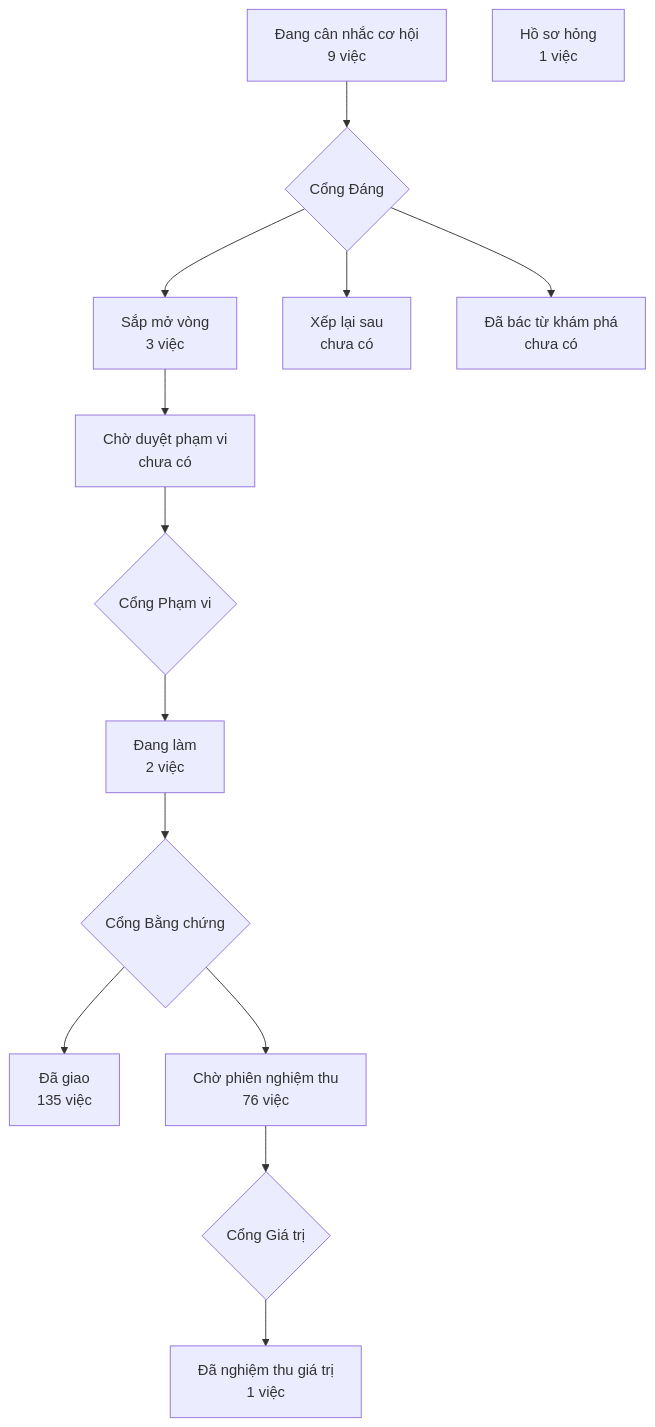
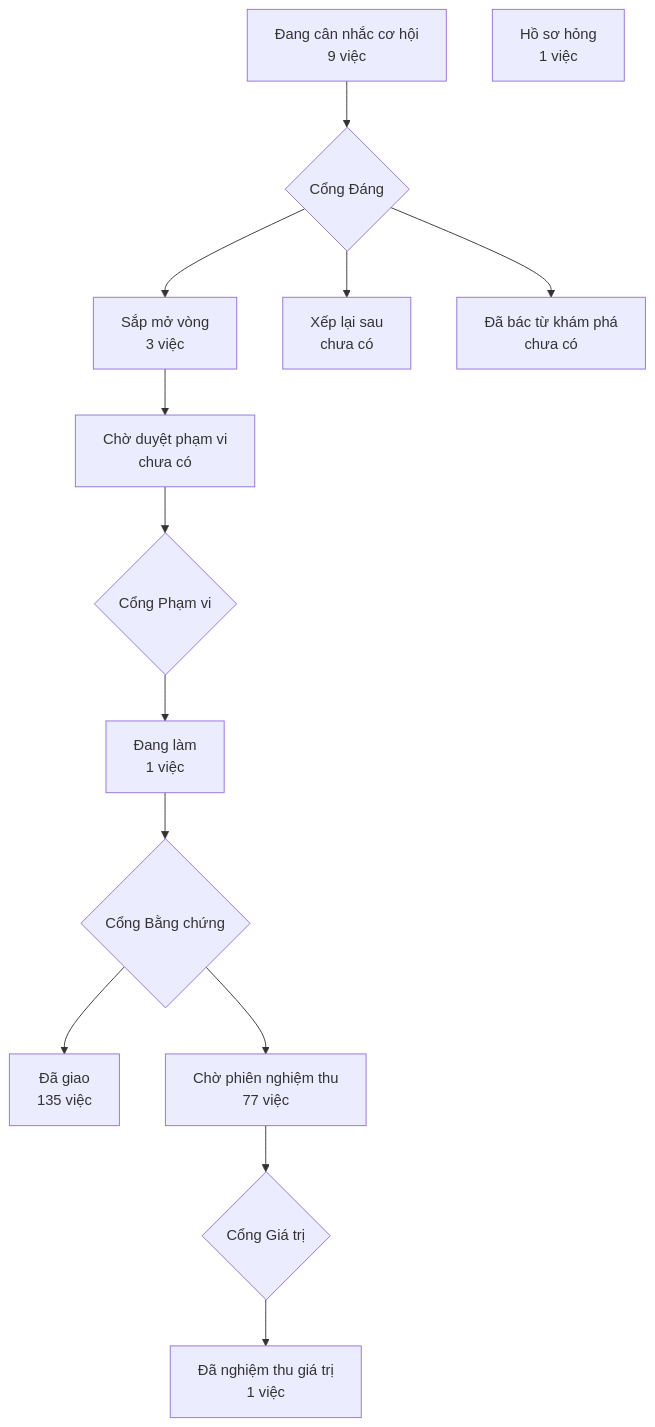
Before and after one commit to phanlemanh/crm-onehub: the diagram in PRODUCT-MAP.md, drawn with Mermaid. The commit also changed 4 other files, not shown here.

````diff
--- a/PRODUCT-MAP.md
+++ b/PRODUCT-MAP.md
@@ -7,13 +7,13 @@
 ```mermaid
 flowchart TD
   A["Đang cân nhắc cơ hội<br/>9 việc"] --> GD{"Cổng Đáng"}
   GD --> B["Sắp mở vòng<br/>3 việc"]
   GD --> XL["Xếp lại sau<br/>chưa có"]
   GD --> DB["Đã bác từ khám phá<br/>chưa có"]
   B --> CD["Chờ duyệt phạm vi<br/>chưa có"] --> GP{"Cổng Phạm vi"}
-  GP --> DL["Đang làm<br/>2 việc"] --> GB{"Cổng Bằng chứng"}
+  GP --> DL["Đang làm<br/>1 việc"] --> GB{"Cổng Bằng chứng"}
   GB --> DG["Đã giao<br/>135 việc"]
-  GB --> CN["Chờ phiên nghiệm thu<br/>76 việc"] --> GG{"Cổng Giá trị"}
+  GB --> CN["Chờ phiên nghiệm thu<br/>77 việc"] --> GG{"Cổng Giá trị"}
   GG --> NT["Đã nghiệm thu giá trị<br/>1 việc"]
   HS["Hồ sơ hỏng<br/>1 việc"]
 ```
````
